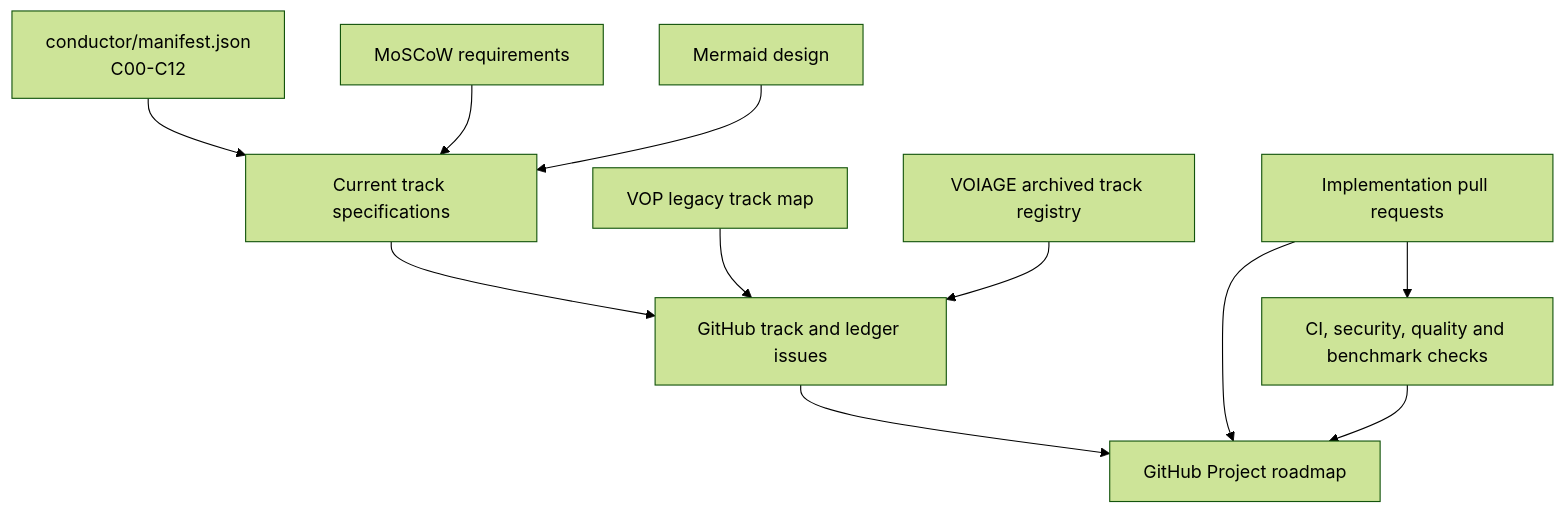
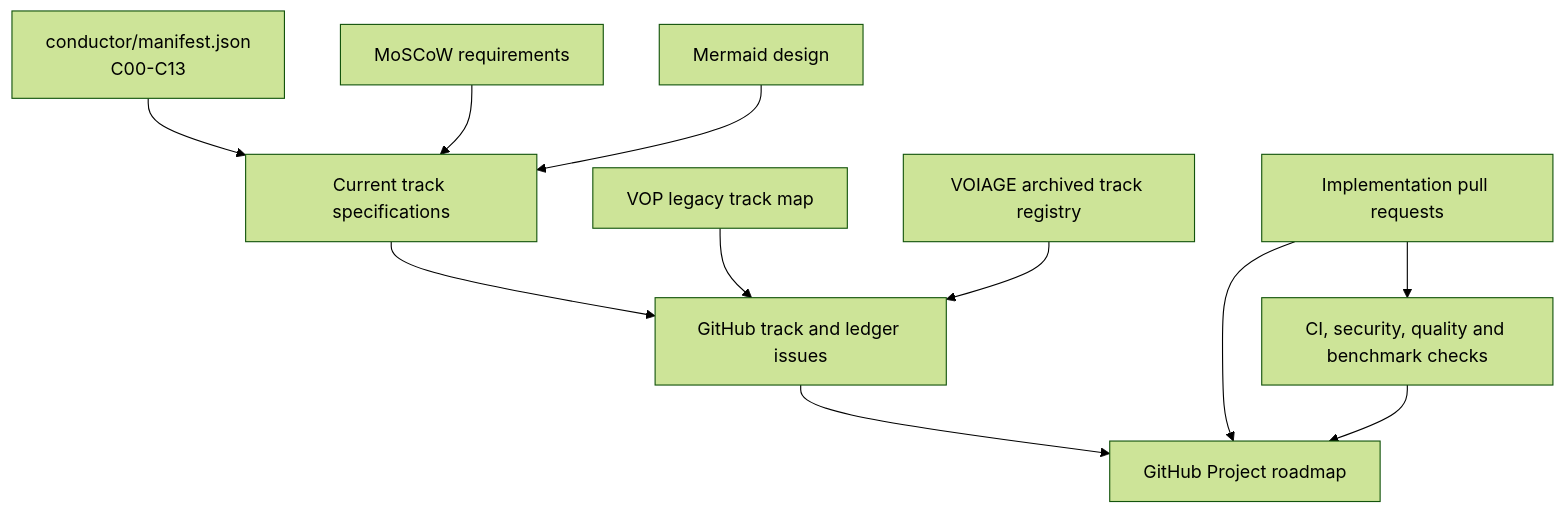
Before and after one commit to edithatogo/vop_poc_nz: the second of 6 diagrams in conductor/design.md, drawn with Mermaid (forest theme). The commit also changed other lines of this file and 1 other file, not shown here.

Commit message:
docs(conductor): define abstraction excellence requirements

````diff
--- a/conductor/design.md
+++ b/conductor/design.md
@@ -36,24 +36,24 @@
 ```mermaid
 flowchart TD
-    Manifest[conductor/manifest.json\nC00-C12]
+    Manifest[conductor/manifest.json\nC00-C13]
     Tracks[Current track specifications]
     Legacy[VOP legacy track map]
     VoiageArchive[VOIAGE archived track registry]
     Requirements[MoSCoW requirements]
     Design[Mermaid design]
     Issues[GitHub track and ledger issues]
     Project[GitHub Project roadmap]
     PRs[Implementation pull requests]
     Checks[CI, security, quality and benchmark checks]
 
     Manifest --> Tracks
     Requirements --> Tracks
     Design --> Tracks
     Tracks --> Issues
     Legacy --> Issues
     VoiageArchive --> Issues
     Issues --> Project
     PRs --> Project
     PRs --> Checks
     Checks --> Project
 ```
````
